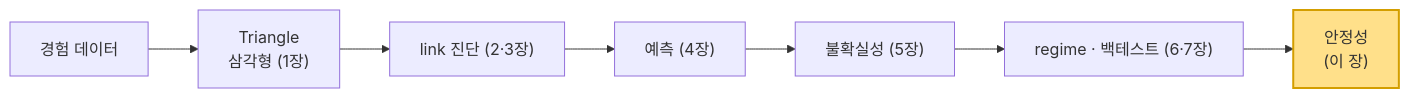
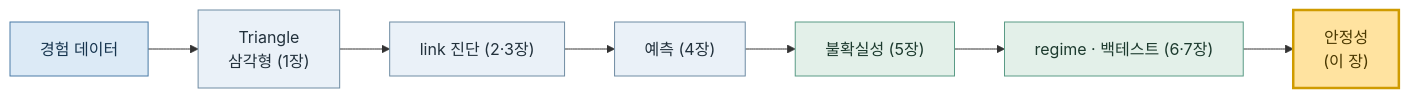
The diagram in docs/tutorial/08-stability.md (seokhoonj/lossratio), drawn with Mermaid before and after one commit. The commit also changed 5 other files, not shown here.

First line of the commit message:
docs: high-contrast tutorial flow diagrams (semantic classDef colors) + api.rst mechanism note

````diff
--- a/docs/tutorial/08-stability.md
+++ b/docs/tutorial/08-stability.md
@@ -16,10 +16,17 @@
 ```{mermaid}
 flowchart LR
   A["경험 데이터"] --> B["Triangle<br/>삼각형 (1장)"]
   B --> C["link 진단 (2·3장)"]
   C --> D["예측 (4장)"]
   D --> E["불확실성 (5장)"]
   E --> F["regime · 백테스트 (6·7장)"]
   F --> G["안정성<br/>(이 장)"]
-  style G fill:#ffe08a,stroke:#d39e00,stroke-width:2px
+  classDef data fill:#dceaf6,stroke:#4a7ba6,color:#16344e
+  classDef estimate fill:#eaf1f8,stroke:#6f8ca3,color:#22313c
+  classDef validate fill:#e3f0e9,stroke:#5a9b86,color:#1c3a2e
+  classDef current fill:#ffe3a0,stroke:#cf9b00,color:#4a3800,stroke-width:2.5px
+  class A data
+  class B,C,D estimate
+  class E,F validate
+  class G current
 ```
````
